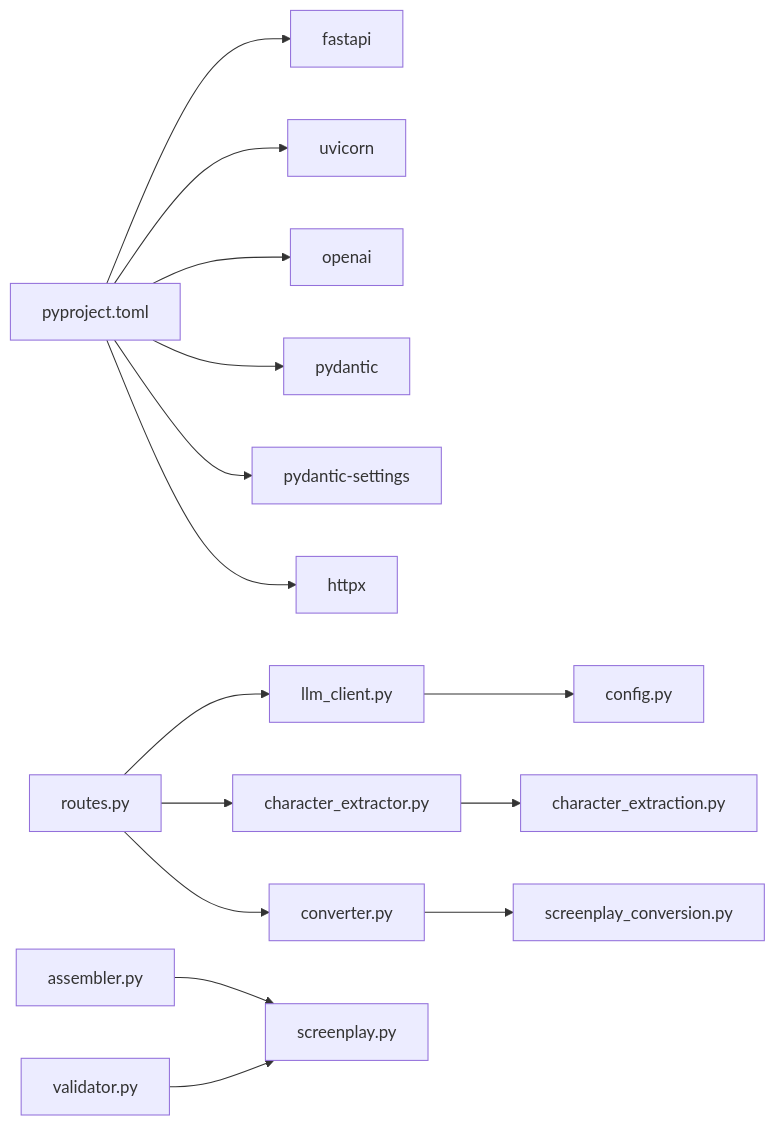
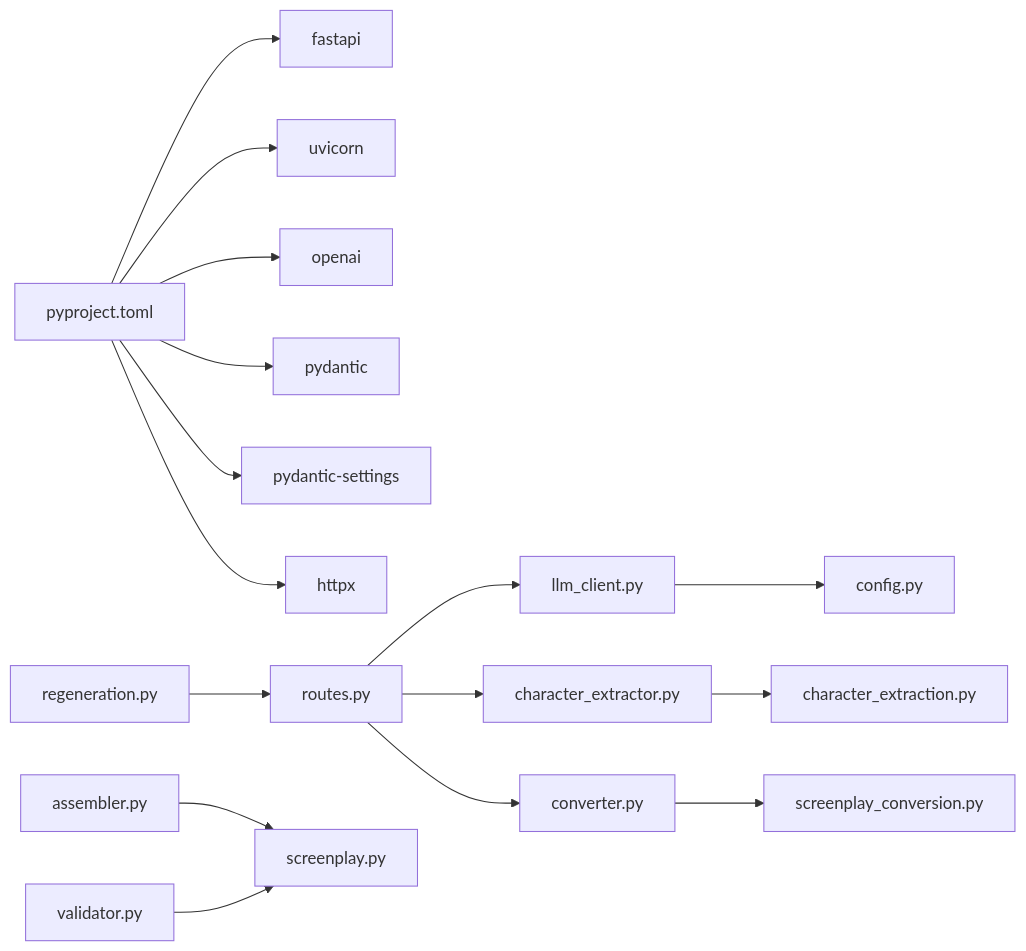
The ninth of 9 diagrams in .qoder/repowiki/zh/content/核心服务模块/LLM客户端服务.md (tjujingzong/Novel-to-Screenplay), drawn with Mermaid before and after one commit. The commit also changed other lines of this file and 21 other files, not shown here.

````diff
--- a/.qoder/repowiki/zh/content/核心服务模块/LLM客户端服务.md
+++ b/.qoder/repowiki/zh/content/核心服务模块/LLM客户端服务.md
@@ -352,17 +432,18 @@
 ```mermaid
 graph LR
 PY["pyproject.toml"] --> FA["fastapi"]
 PY --> UV["uvicorn"]
 PY --> OA["openai"]
 PY --> PD["pydantic"]
 PY --> PS["pydantic-settings"]
 PY --> HT["httpx"]
 ROUTES["routes.py"] --> LLM["llm_client.py"]
 ROUTES --> CHAR["character_extractor.py"]
 ROUTES --> CONV["converter.py"]
 LLM --> CFG["config.py"]
 CHAR --> PROMPT_CHAR["character_extraction.py"]
 CONV --> PROMPT_CONV["screenplay_conversion.py"]
+PROMPT_REGEN["regeneration.py"] --> ROUTES
 ASM["assembler.py"] --> MODELS["screenplay.py"]
 VAL["validator.py"] --> MODELS
 ```
````
